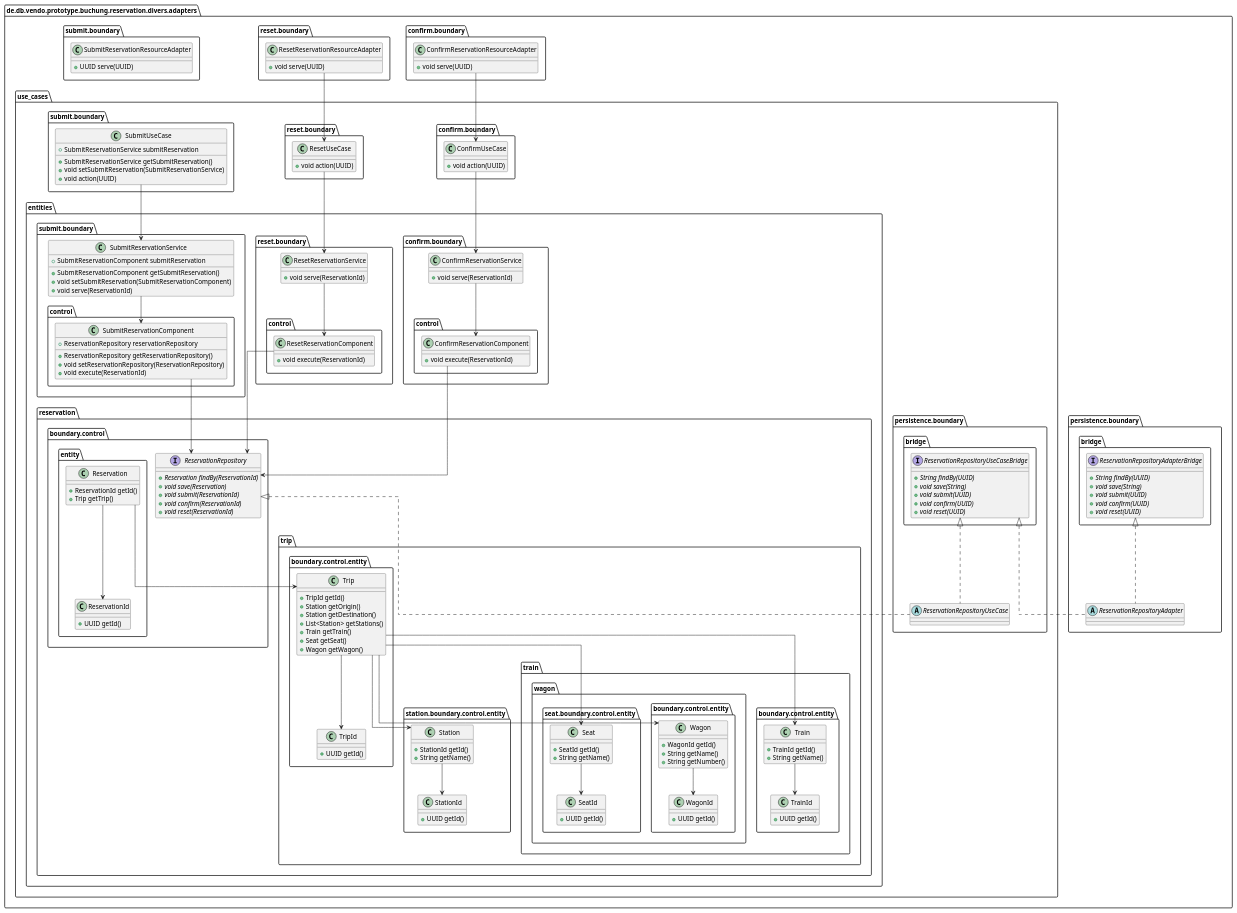
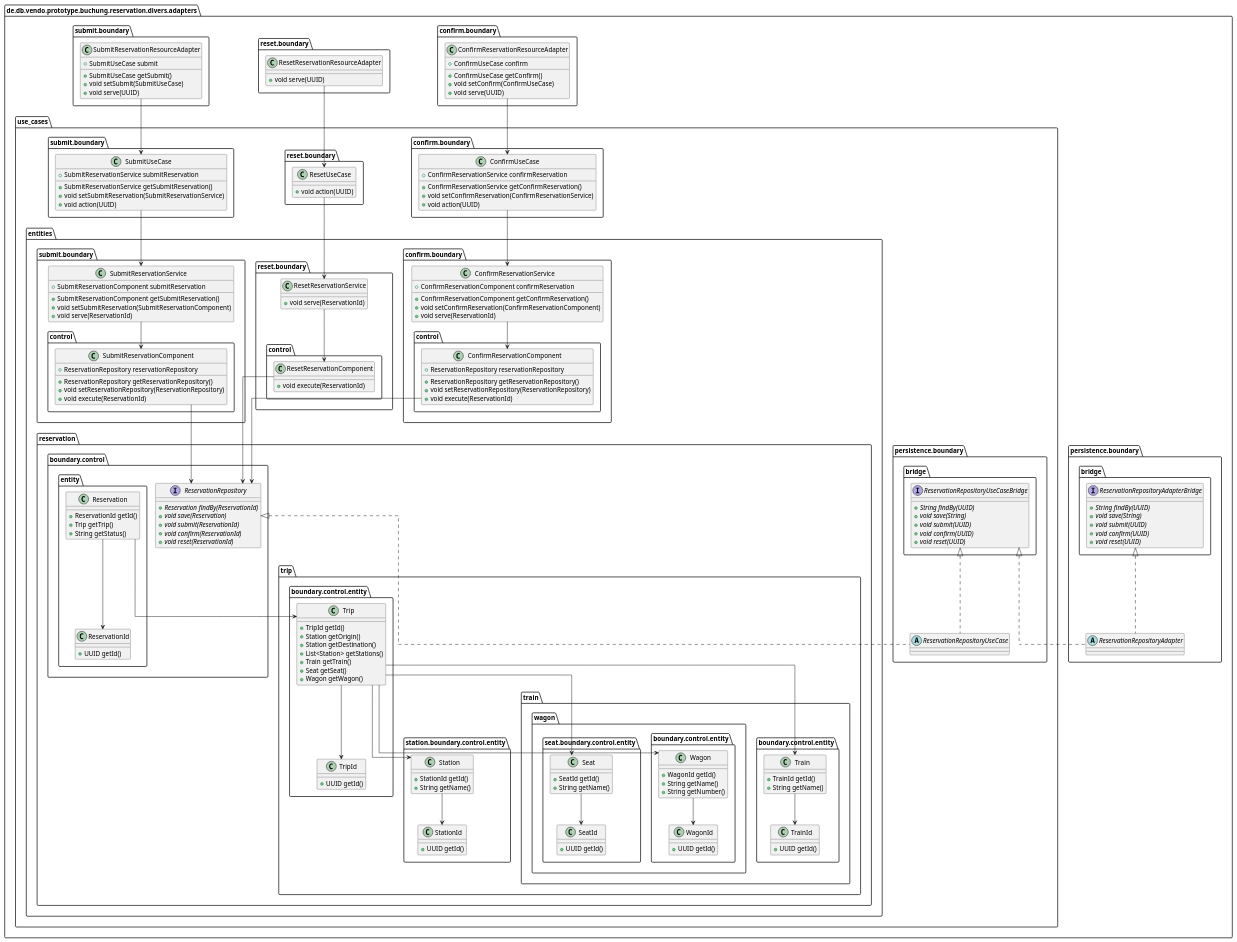
The diagram in doc/uml/puml/adapters.puml (punkratz312/reservation-proto), drawn with PlantUML before and after one commit. The commit also changed 13 other files, not shown here.

```diff
--- a/doc/uml/puml/adapters.puml
+++ b/doc/uml/puml/adapters.puml
@@ -4,6 +4,10 @@
 show stereotype
 
 class "ConfirmReservationResourceAdapter" as de.db.vendo.prototype.buchung.reservation.divers.adapters.confirm.boundary.ConfirmReservationResourceAdapter {
+  +ConfirmUseCase confirm
+  __
+  +ConfirmUseCase getConfirm()
+  +void setConfirm(ConfirmUseCase)
   +void serve(UUID)
 }
 abstract class "ReservationRepositoryAdapter" as de.db.vendo.prototype.buchung.reservation.divers.adapters.persistence.boundary.ReservationRepositoryAdapter {
@@ -19,15 +23,31 @@
   +void serve(UUID)
 }
 class "SubmitReservationResourceAdapter" as de.db.vendo.prototype.buchung.reservation.divers.adapters.submit.boundary.SubmitReservationResourceAdapter {
-  +UUID serve(UUID)
+  +SubmitUseCase submit
+  __
+  +SubmitUseCase getSubmit()
+  +void setSubmit(SubmitUseCase)
+  +void serve(UUID)
 }
 class "ConfirmUseCase" as de.db.vendo.prototype.buchung.reservation.divers.adapters.use_cases.confirm.boundary.ConfirmUseCase {
+  +ConfirmReservationService confirmReservation
+  __
+  +ConfirmReservationService getConfirmReservation()
+  +void setConfirmReservation(ConfirmReservationService)
   +void action(UUID)
 }
 class "ConfirmReservationService" as de.db.vendo.prototype.buchung.reservation.divers.adapters.use_cases.entities.confirm.boundary.ConfirmReservationService {
+  +ConfirmReservationComponent confirmReservation
+  __
+  +ConfirmReservationComponent getConfirmReservation()
+  +void setConfirmReservation(ConfirmReservationComponent)
   +void serve(ReservationId)
 }
 class "ConfirmReservationComponent" as de.db.vendo.prototype.buchung.reservation.divers.adapters.use_cases.entities.confirm.boundary.control.ConfirmReservationComponent {
+  +ReservationRepository reservationRepository
+  __
+  +ReservationRepository getReservationRepository()
+  +void setReservationRepository(ReservationRepository)
   +void execute(ReservationId)
 }
 interface "ReservationRepository" as de.db.vendo.prototype.buchung.reservation.divers.adapters.use_cases.entities.reservation.boundary.control.ReservationRepository {
@@ -40,6 +60,7 @@
 class "Reservation" as de.db.vendo.prototype.buchung.reservation.divers.adapters.use_cases.entities.reservation.boundary.control.entity.Reservation {
   +ReservationId getId()
   +Trip getTrip()
+  +String getStatus()
 }
 class "ReservationId" as de.db.vendo.prototype.buchung.reservation.divers.adapters.use_cases.entities.reservation.boundary.control.entity.ReservationId {
   +UUID getId()
@@ -128,6 +149,7 @@
 de.db.vendo.prototype.buchung.reservation.divers.adapters.persistence.boundary.ReservationRepositoryAdapter .u.|> de.db.vendo.prototype.buchung.reservation.divers.adapters.use_cases.persistence.boundary.bridge.ReservationRepositoryUseCaseBridge
 de.db.vendo.prototype.buchung.reservation.divers.adapters.persistence.boundary.ReservationRepositoryAdapter .u.|> de.db.vendo.prototype.buchung.reservation.divers.adapters.persistence.boundary.bridge.ReservationRepositoryAdapterBridge
 de.db.vendo.prototype.buchung.reservation.divers.adapters.reset.boundary.ResetReservationResourceAdapter --> de.db.vendo.prototype.buchung.reservation.divers.adapters.use_cases.reset.boundary.ResetUseCase
+de.db.vendo.prototype.buchung.reservation.divers.adapters.submit.boundary.SubmitReservationResourceAdapter --> de.db.vendo.prototype.buchung.reservation.divers.adapters.use_cases.submit.boundary.SubmitUseCase
 de.db.vendo.prototype.buchung.reservation.divers.adapters.use_cases.confirm.boundary.ConfirmUseCase --> de.db.vendo.prototype.buchung.reservation.divers.adapters.use_cases.entities.confirm.boundary.ConfirmReservationService
 de.db.vendo.prototype.buchung.reservation.divers.adapters.use_cases.entities.confirm.boundary.ConfirmReservationService --> de.db.vendo.prototype.buchung.reservation.divers.adapters.use_cases.entities.confirm.boundary.control.ConfirmReservationComponent
 de.db.vendo.prototype.buchung.reservation.divers.adapters.use_cases.entities.confirm.boundary.control.ConfirmReservationComponent --> de.db.vendo.prototype.buchung.reservation.divers.adapters.use_cases.entities.reservation.boundary.control.ReservationRepository
```
